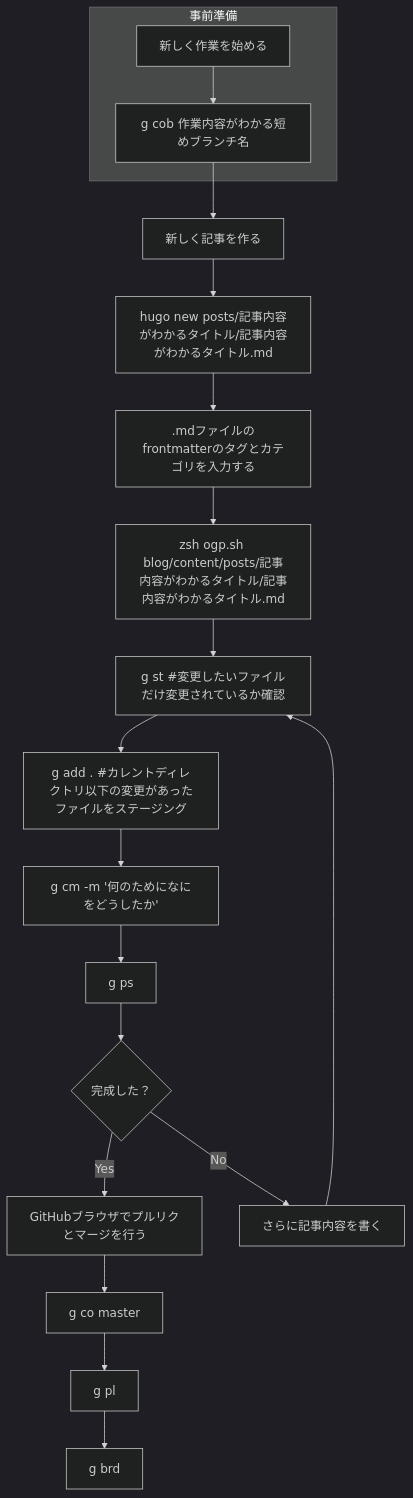
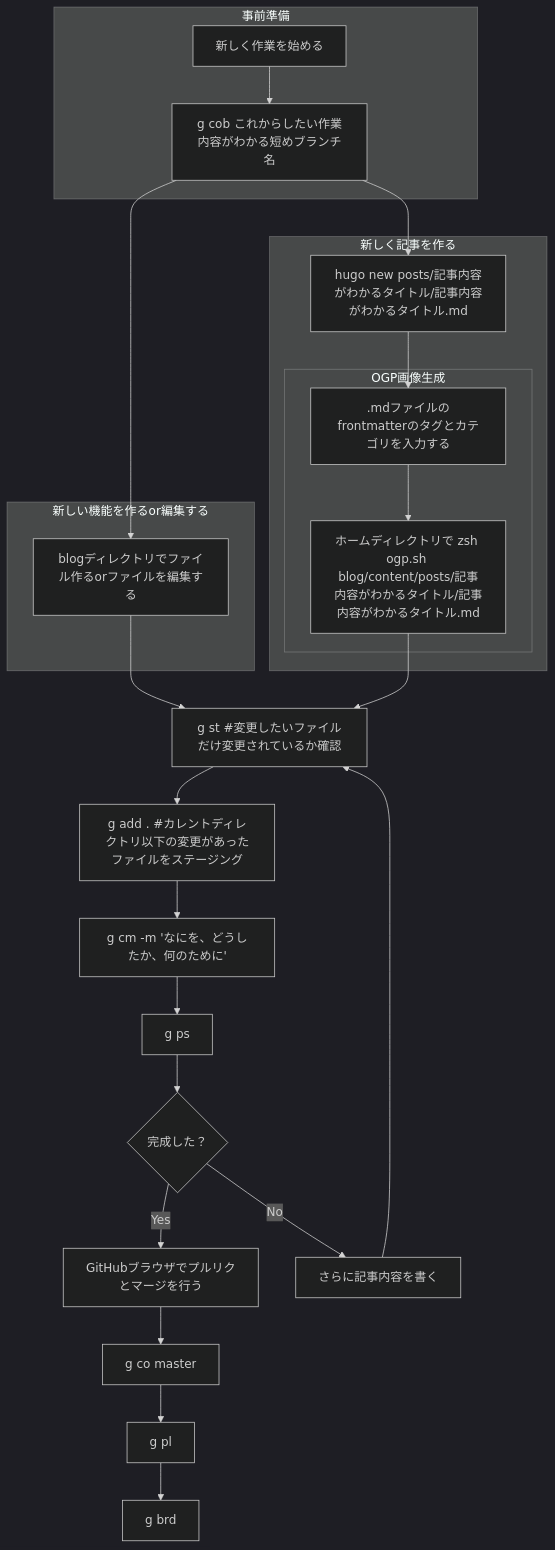
Before and after one commit to zuzuzunta0/newblog2: the diagram in README.md, drawn with Mermaid (dark theme).

Commit message:
update README.md about git flow

````diff
--- a/README.md
+++ b/README.md
@@ -13,21 +13,28 @@
 ```mermaid
 flowchart TB
   subgraph 事前準備
-  A["新しく作業を始める"] --> B["g cob 作業内容がわかる短めブランチ名"]
+  A["新しく作業を始める"] --> B["g cob これからしたい作業内容がわかる短めブランチ名"]
   end
-  B --> C["新しく記事を作る"]
-  C --> D["hugo new posts/記事内容がわかるタイトル/記事内容がわかるタイトル.md"]
+  B --> D["hugo new posts/記事内容がわかるタイトル/記事内容がわかるタイトル.md"]
+  subgraph 新しく記事を作る
   D --> D1[".mdファイルのfrontmatterのタグとカテゴリを入力する"]
-  D1 --> D2["zsh ogp.sh blog/content/posts/記事内容がわかるタイトル/記事内容がわかるタイトル.md"]
+  subgraph OGP画像生成
+  D1 --> D2["ホームディレクトリで zsh ogp.sh blog/content/posts/記事内容がわかるタイトル/記事内容がわかるタイトル.md"]
+  end
+  end
+  subgraph 新しい機能を作るor編集する
+  B --> C1["blogディレクトリでファイル作るorファイルを編集する"]
+  end
+  C1 --> E
   D2 --> E["g st #変更したいファイルだけ変更されているか確認"]
   E --> F["g add . #カレントディレクトリ以下の変更があったファイルをステージング"]
-  F --> G["g cm -m '何のためになにをどうしたか'"]
+  F --> G["g cm -m 'なにを、どうしたか、何のために'"]
   G --> H["g ps"]
   H --> I{"完成した？"}
   I --> |Yes| J["GitHubブラウザでプルリクとマージを行う"]
   I --> |"No"| K["さらに記事内容を書く"]
   K --> E
   J --> L["g co master"]
   L --> M["g pl"]
   M --> N["g brd"]
 ```
````
